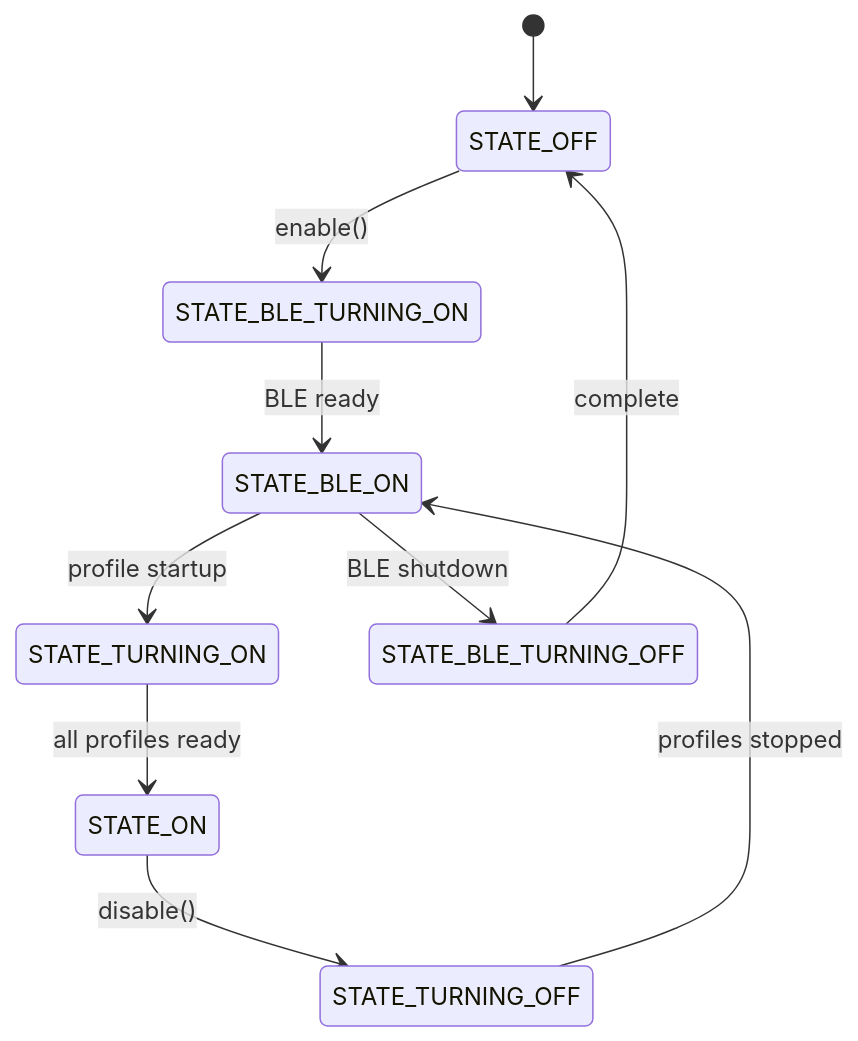
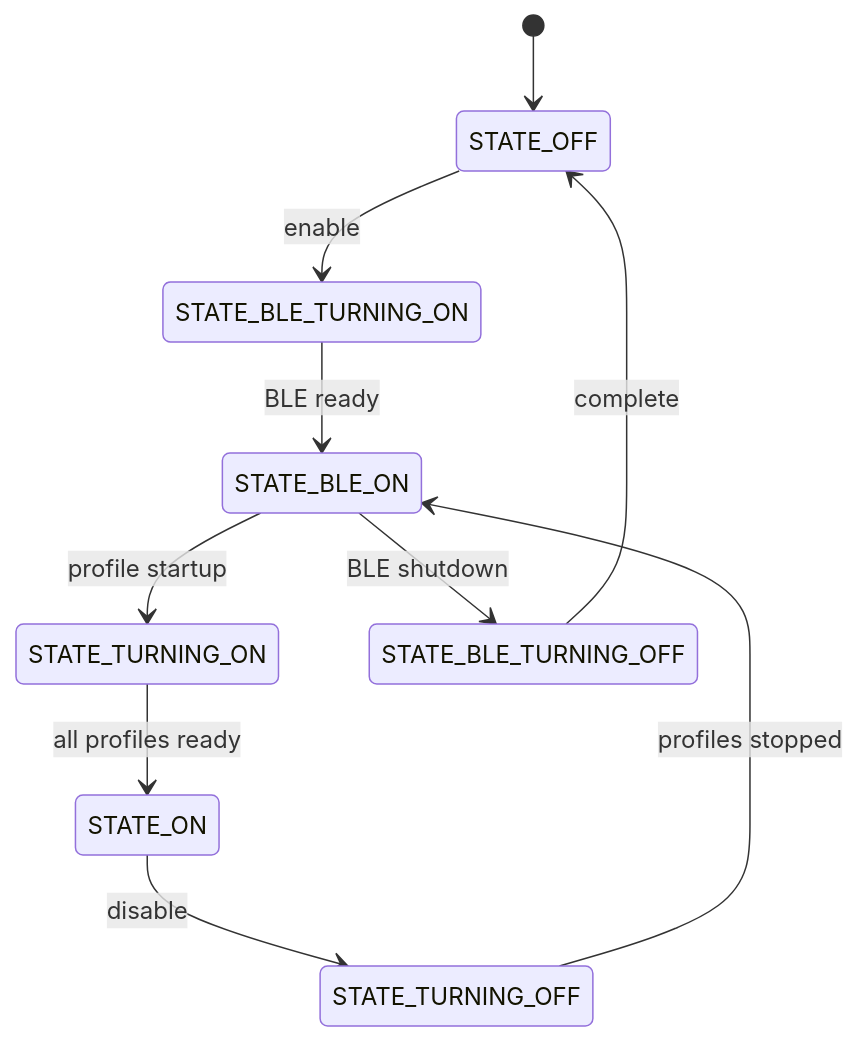
Before and after one commit to fwrite0920/aosp-internal-book: the second of 22 diagrams in 37-bluetooth.md, drawn with Mermaid. The commit also changed other lines of this file and 13 other files, not shown here.

First line of the commit message:
Fix Mermaid diagrams and formatting in Parts VII-VIII (chapters 26-39)

````diff
--- a/37-bluetooth.md
+++ b/37-bluetooth.md
@@ -134,12 +134,12 @@
 ```mermaid
 stateDiagram-v2
     [*] --> STATE_OFF
-    STATE_OFF --> STATE_BLE_TURNING_ON : enable()
+    STATE_OFF --> STATE_BLE_TURNING_ON : enable
     STATE_BLE_TURNING_ON --> STATE_BLE_ON : BLE ready
     STATE_BLE_ON --> STATE_TURNING_ON : profile startup
     STATE_TURNING_ON --> STATE_ON : all profiles ready
-    STATE_ON --> STATE_TURNING_OFF : disable()
+    STATE_ON --> STATE_TURNING_OFF : disable
     STATE_TURNING_OFF --> STATE_BLE_ON : profiles stopped
     STATE_BLE_ON --> STATE_BLE_TURNING_OFF : BLE shutdown
     STATE_BLE_TURNING_OFF --> STATE_OFF : complete
 ```
````
